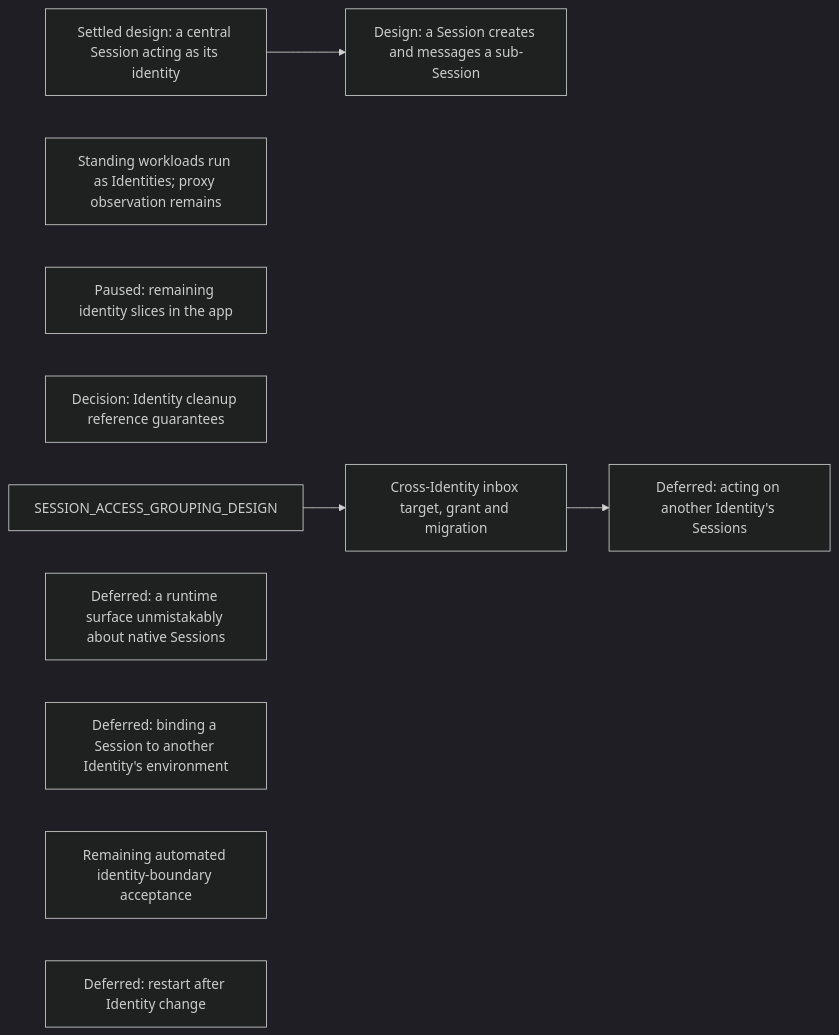
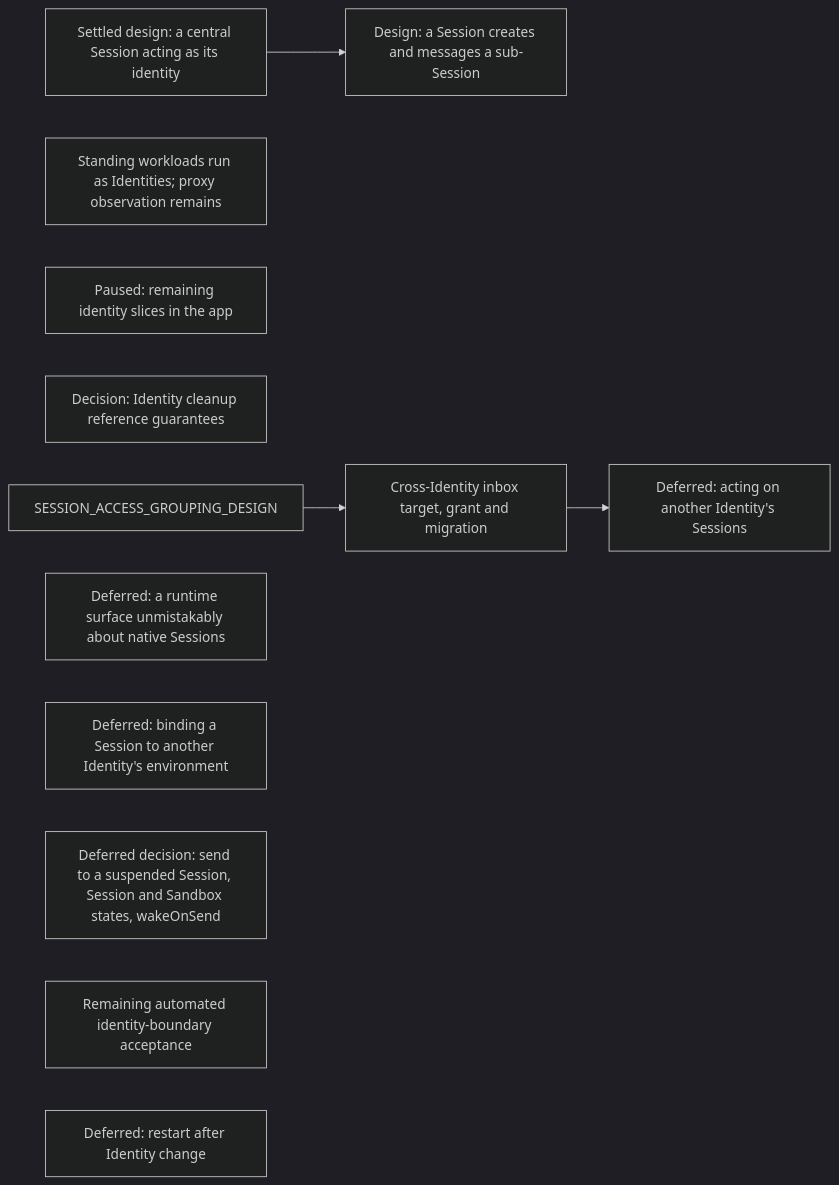
Diagram 17 of 20 in agentplane/plans/task_dag.md (agentydragon/ducktape), drawn with Mermaid (dark theme) before and after one commit. The commit also changed other lines of this file, not shown here.

First line of the commit message:
agentplane: record Session send and wake questions on WAKE_ON_DELIVERY_DESIGN

````diff
--- a/agentplane/plans/task_dag.md
+++ b/agentplane/plans/task_dag.md
@@ -3384,15 +3386,16 @@
 ```mermaid
 flowchart LR
     CENTRAL_SESSION_ACTING_DESIGN[Settled design: a central Session acting as its identity]
     STANDING_WORKLOAD_IDENTITY[Standing workloads run as Identities; proxy observation remains]
     APP_IDENTITIES_UI[Paused: remaining identity slices in the app]
     IDENTITY_CLEANUP_REFERENCE_DECISION[Decision: Identity cleanup reference guarantees]
     SESSION_SUBAGENT_DELEGATION[Design: a Session creates and messages a sub-Session]
     CENTRAL_SESSION_ACTING_DESIGN --> SESSION_SUBAGENT_DELEGATION
     SESSION_ACCESS_GROUPING_DESIGN --> SESSION_IDENTITY_AUTHZ[Cross-Identity inbox target, grant and migration]
     SESSION_IDENTITY_AUTHZ --> SESSION_CROSS_IDENTITY_AUTHORITY[Deferred: acting on another Identity's Sessions]
     ENVIRONMENT_RUNTIME_NATIVE_SURFACE[Deferred: a runtime surface unmistakably about native Sessions]
     CROSS_IDENTITY_SESSION_BINDING[Deferred: binding a Session to another Identity's environment]
+    WAKE_ON_DELIVERY_DESIGN[Deferred decision: send to a suspended Session, Session and Sandbox states, wakeOnSend]
     IDENTITY_SYSTEM_TESTS[Remaining automated identity-boundary acceptance]
     SANDBOX_IDENTITY_CHANGE_CHECKPOINT[Deferred: restart after Identity change]
 ```
````
